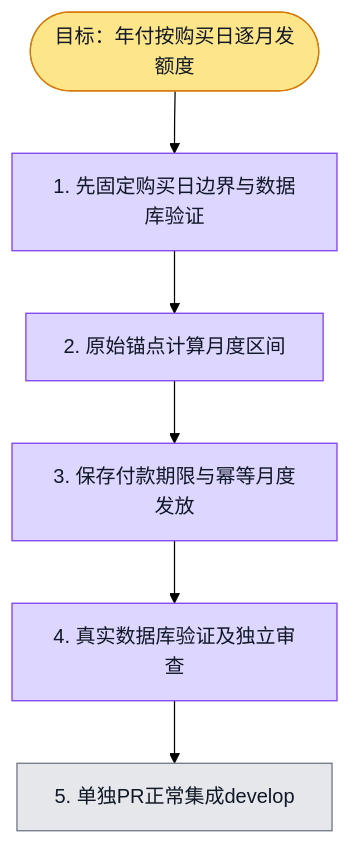
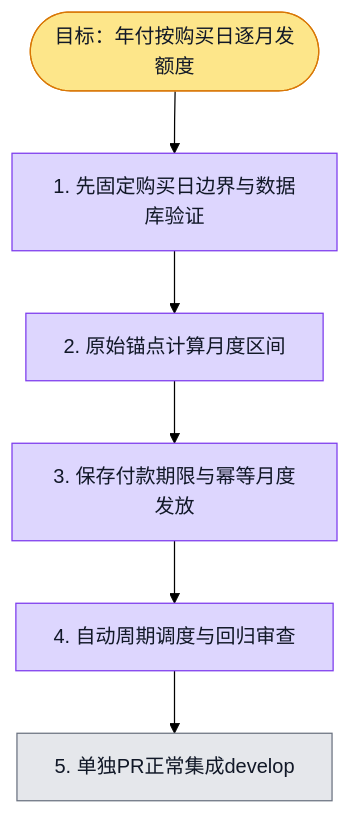
Before and after one commit to boardx/workspacex: the diagram in phases/phase-21-billing-payment/design-deltas/personal-annual-credits/execution-plan.md, drawn with Mermaid (forest theme). The commit also changed other lines of this file and 20 other files, not shown here.

````diff
--- a/phases/phase-21-billing-payment/design-deltas/personal-annual-credits/execution-plan.md
+++ b/phases/phase-21-billing-payment/design-deltas/personal-annual-credits/execution-plan.md
@@ -9,25 +9,25 @@
 ```mermaid
 flowchart TD
   G([目标：年付按购买日逐月发额度])
   S1[1. 先固定购买日边界与数据库验证]
   S2[2. 原始锚点计算月度区间]
   S3[3. 保存付款期限与幂等月度发放]
-  S4[4. 真实数据库验证及独立审查]
+  S4[4. 自动周期调度与回归审查]
   S5[5. 单独PR正常集成develop]
   G --> S1 --> S2 --> S3 --> S4 --> S5
   classDef todo fill:#e5e7eb,stroke:#6b7280,color:#111827
   classDef doing fill:#fde68a,stroke:#d97706,color:#111827
   classDef done fill:#bbf7d0,stroke:#16a34a,color:#111827
   classDef tested fill:#ddd6fe,stroke:#7c3aed,color:#111827
   classDef blocked fill:#fecaca,stroke:#dc2626,color:#111827
   class G doing
   class S1 tested
   %% evidence S1: tested
   class S2 tested
   %% evidence S2: tested
   class S3 tested
   %% evidence S3: tested
   class S4 tested
   %% evidence S4: tested
   class S5 todo
 ```
````
